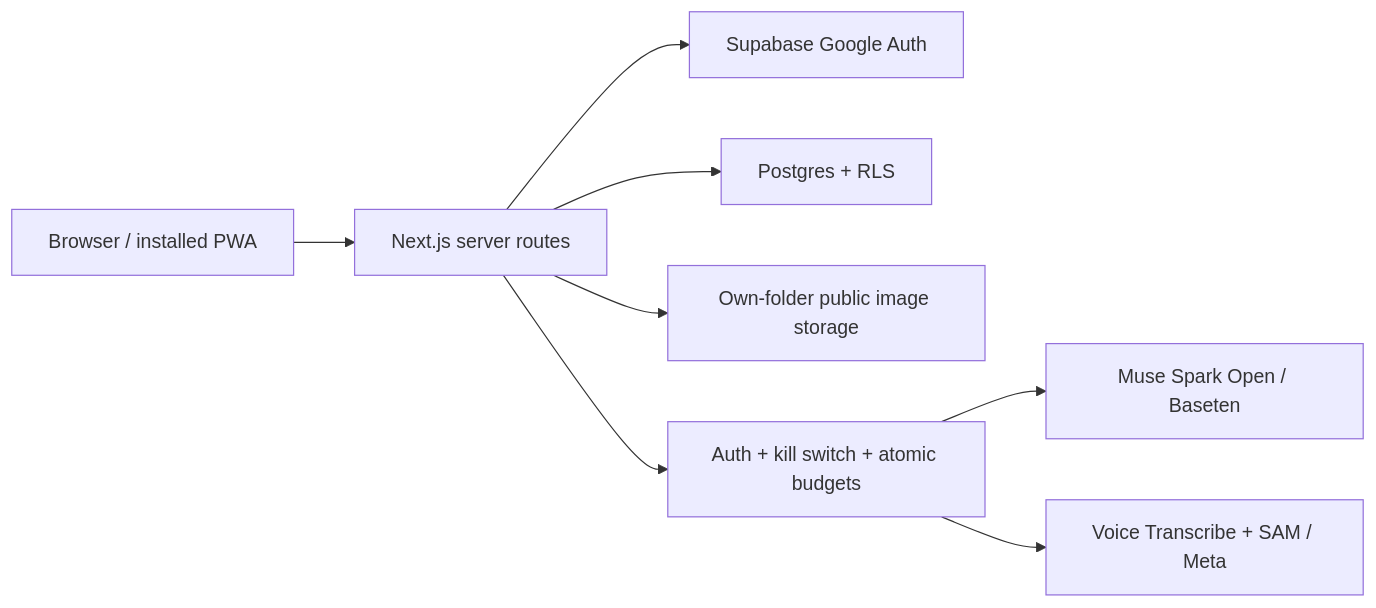
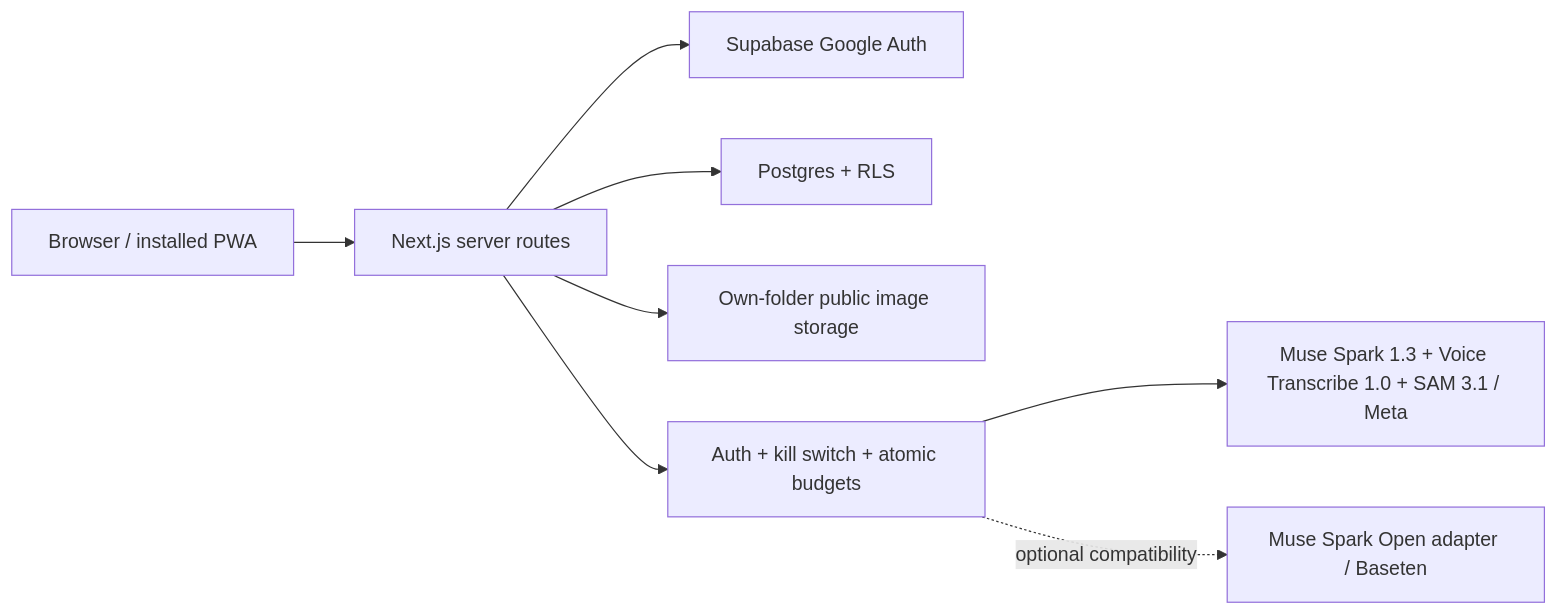
Before and after one commit to Shuba-Matam/ReLove: the diagram in README.md, drawn with Mermaid. The commit also changed other lines of this file and 23 other files, not shown here.

```diff
--- a/README.md
+++ b/README.md
@@ -57,10 +60,10 @@
 ~~~mermaid
 flowchart LR
   Browser[Browser / installed PWA] --> Next[Next.js server routes]
   Next --> Auth[Supabase Google Auth]
   Next --> DB[Postgres + RLS]
   Next --> Storage[Own-folder public image storage]
   Next --> Guard[Auth + kill switch + atomic budgets]
-  Guard --> Baseten[Muse Spark Open / Baseten]
-  Guard --> Meta[Voice Transcribe + SAM / Meta]
+  Guard --> Meta[Muse Spark 1.3 + Voice Transcribe 1.0 + SAM 3.1 / Meta]
+  Guard -. optional compatibility .-> Baseten[Muse Spark Open adapter / Baseten]
 ~~~
```
